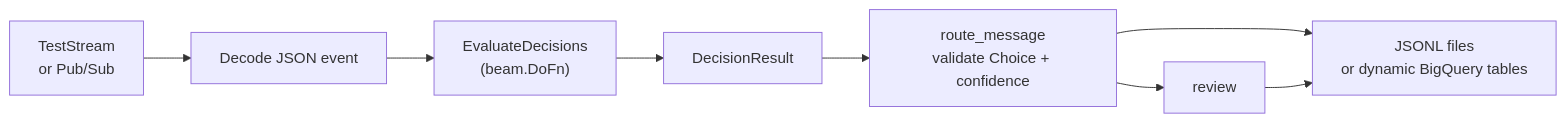
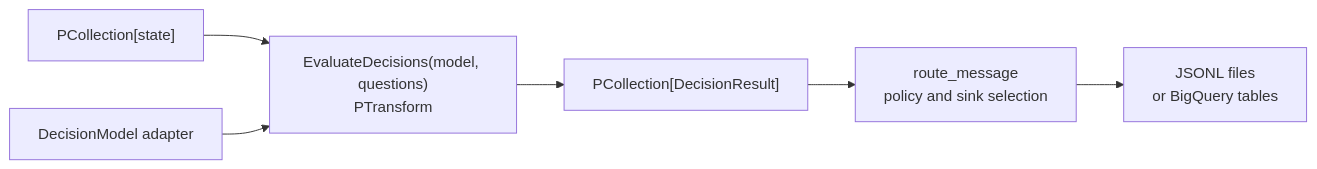
The diagram in sdks/python/apache_beam/examples/inference/decision_models/README.md (apache/beam), drawn with Mermaid before and after one commit. The commit also changed other lines of this file and 14 other files, not shown here.

Commit message:
[Python] Add reusable decision model primitives and adapters

````diff
--- a/sdks/python/apache_beam/examples/inference/decision_models/README.md
+++ b/sdks/python/apache_beam/examples/inference/decision_models/README.md
@@ -29,10 +57,8 @@
 ```mermaid
 flowchart LR
-  source["TestStream<br/>or Pub/Sub"] --> decode["Decode JSON event"]
-  decode --> evaluate["EvaluateDecisions<br/>(beam.DoFn)"]
-  evaluate --> result["DecisionResult"]
-  result --> route["route_message<br/>validate Choice + confidence"]
-  route --> sink["JSONL files<br/>or dynamic BigQuery tables"]
-  route --> review["review"]
-  review --> sink
+  input["PCollection[state]"] --> evaluate["EvaluateDecisions(model, questions)<br/>PTransform"]
+  model["DecisionModel adapter"] --> evaluate
+  evaluate --> result["PCollection[DecisionResult]"]
+  result --> policy["route_message<br/>policy and sink selection"]
+  policy --> sink["JSONL files<br/>or BigQuery tables"]
 ```
````
